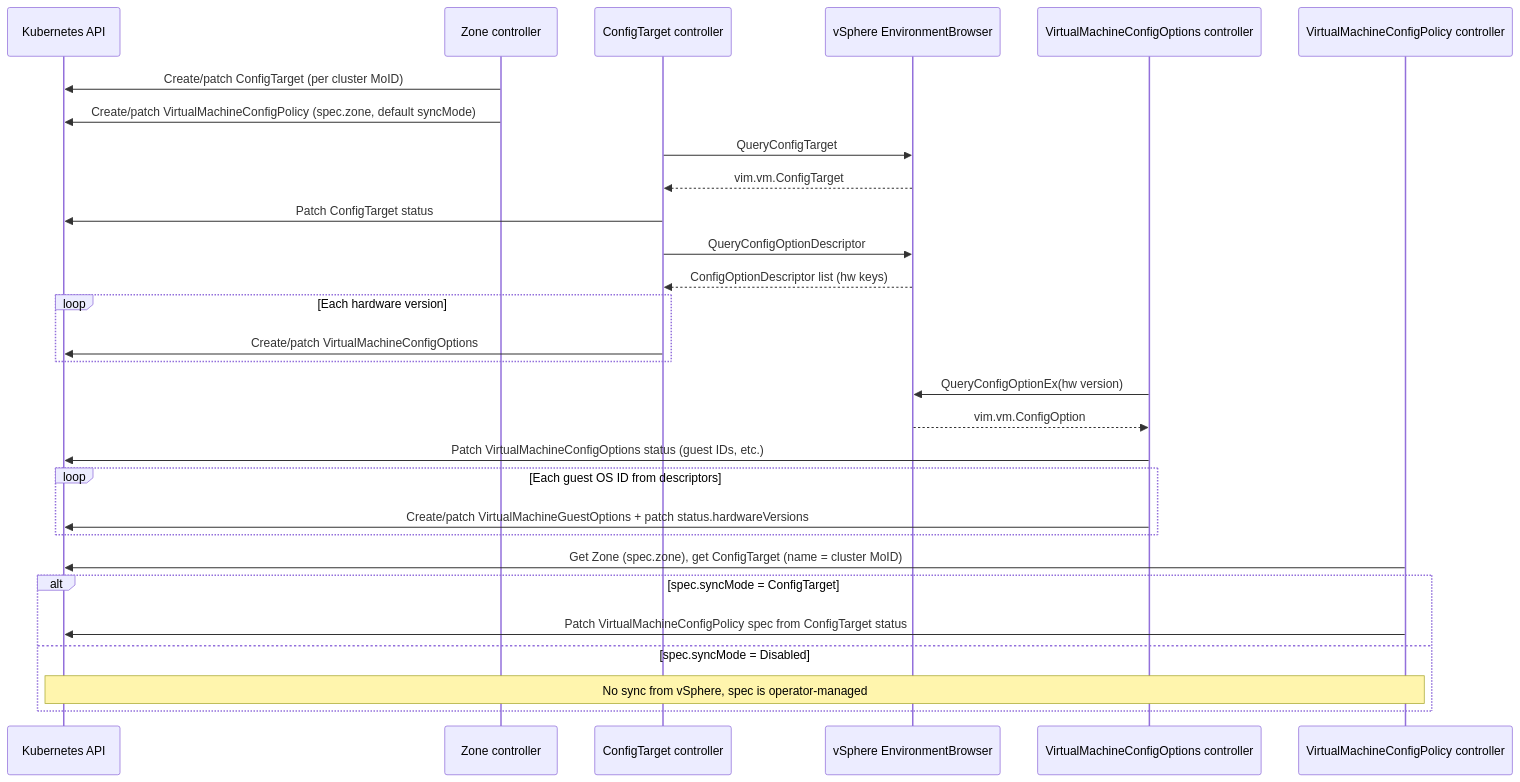
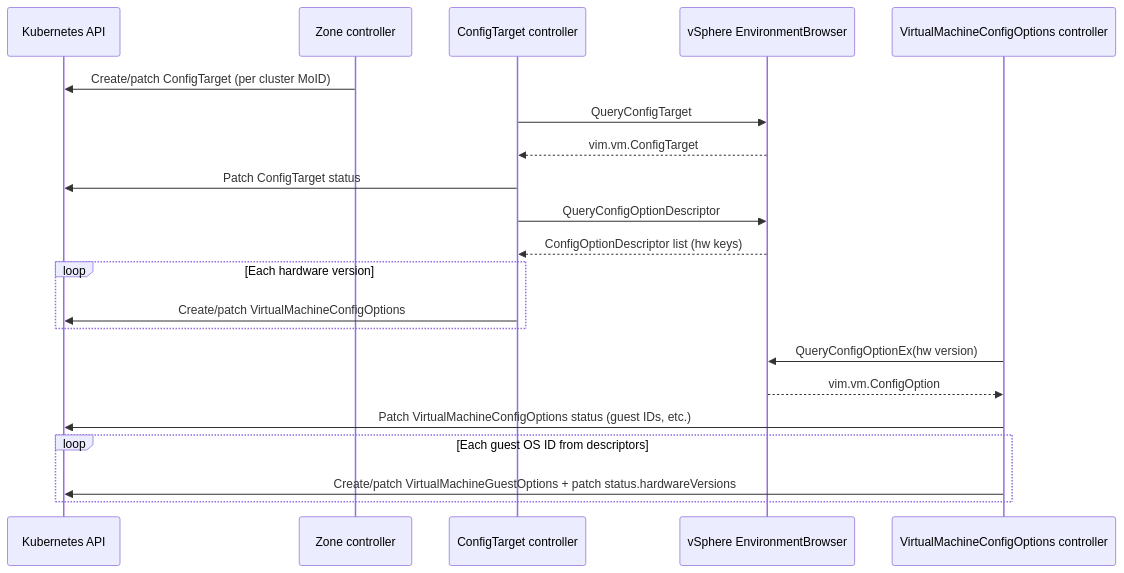
The second of 2 diagrams in external/vim/doc/controller-workflows.md (vmware-tanzu/vm-operator), drawn with Mermaid before and after one commit. The commit also changed other lines of this file and 33 other files, not shown here.

First line of the commit message:
🌱 Remove unused VirtualMachineConfigPolicy (#2074)

````diff
--- a/external/vim/doc/controller-workflows.md
+++ b/external/vim/doc/controller-workflows.md
@@ -64,36 +44,27 @@
 ```mermaid
 sequenceDiagram
   participant K as Kubernetes API
   participant ZC as Zone controller
   participant CTC as ConfigTarget controller
   participant EB as vSphere EnvironmentBrowser
   participant VMCO as VirtualMachineConfigOptions controller
-  participant VMCP as VirtualMachineConfigPolicy controller
 
   ZC->>K: Create/patch ConfigTarget (per cluster MoID)
-  ZC->>K: Create/patch VirtualMachineConfigPolicy (spec.zone, default syncMode)
 
   CTC->>EB: QueryConfigTarget
   EB-->>CTC: vim.vm.ConfigTarget
   CTC->>K: Patch ConfigTarget status
 
   CTC->>EB: QueryConfigOptionDescriptor
   EB-->>CTC: ConfigOptionDescriptor list (hw keys)
   loop Each hardware version
     CTC->>K: Create/patch VirtualMachineConfigOptions
   end
 
   VMCO->>EB: QueryConfigOptionEx(hw version)
   EB-->>VMCO: vim.vm.ConfigOption
   VMCO->>K: Patch VirtualMachineConfigOptions status (guest IDs, etc.)
   loop Each guest OS ID from descriptors
     VMCO->>K: Create/patch VirtualMachineGuestOptions + patch status.hardwareVersions
   end
-
-  VMCP->>K: Get Zone (spec.zone), get ConfigTarget (name = cluster MoID)
-  alt spec.syncMode = ConfigTarget
-    VMCP->>K: Patch VirtualMachineConfigPolicy spec from ConfigTarget status
-  else spec.syncMode = Disabled
-    Note over VMCP,K: No sync from vSphere, spec is operator-managed
-  end
 ```
````
